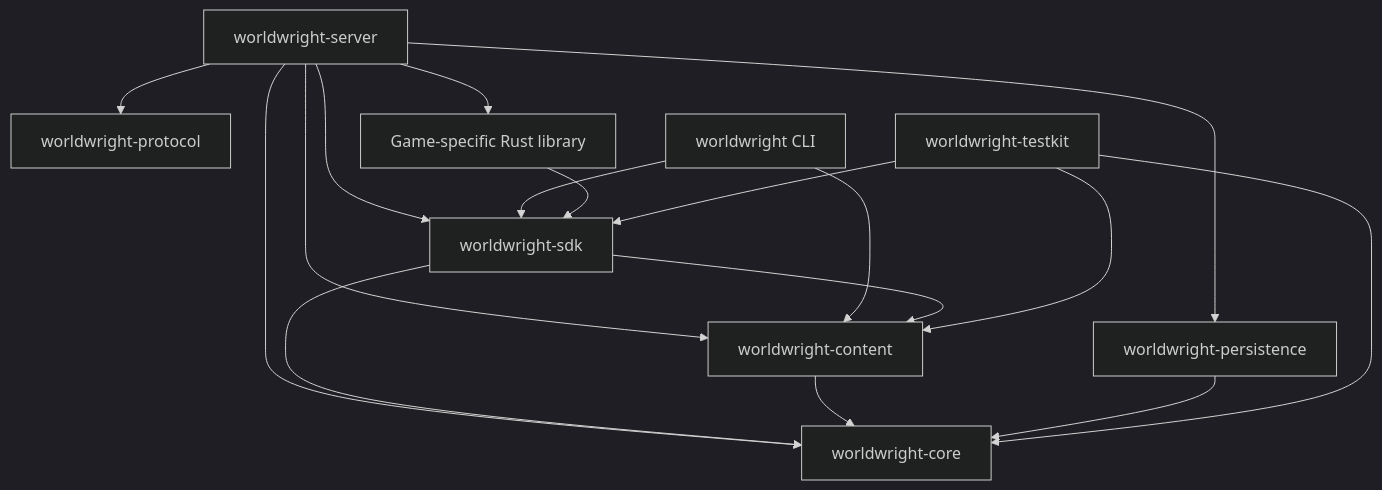
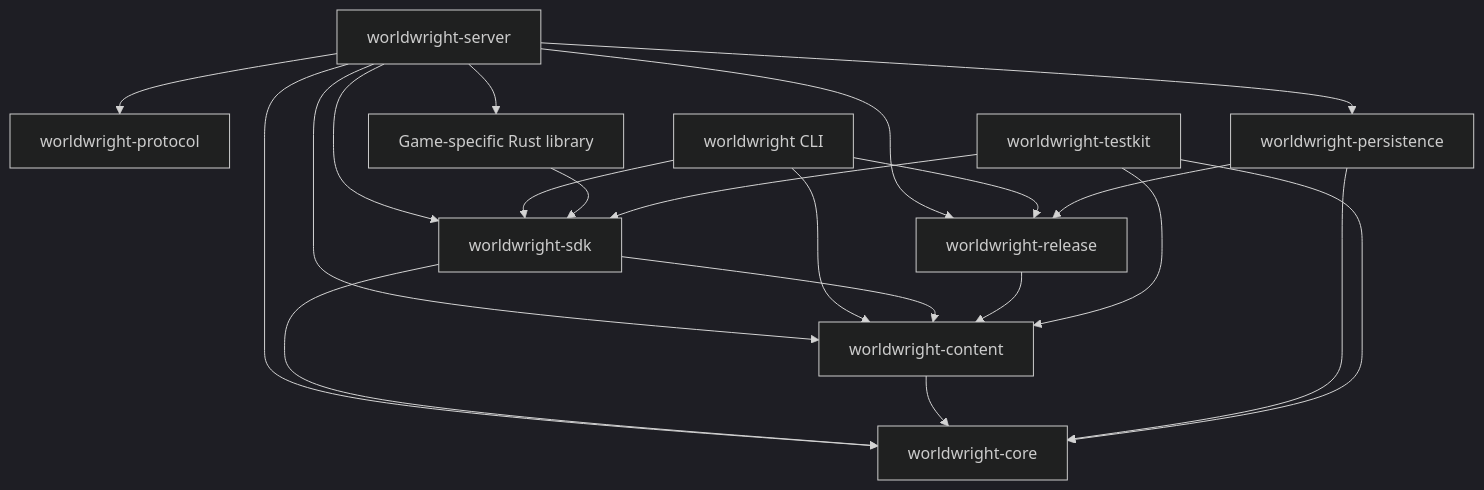
One commit to MudDevelopment/Worldwright changed the second of 5 diagrams in ARCHITECTURE.md. Above: the diagram before and after it, drawn with Mermaid (dark theme). The commit also changed other lines of this file and 85 other files, not shown here.

````diff
--- a/ARCHITECTURE.md
+++ b/ARCHITECTURE.md
@@ -234,19 +267,23 @@
 ```mermaid
 flowchart TD
     SERVER[worldwright-server] --> PROTOCOL[worldwright-protocol]
     SERVER --> PERSIST[worldwright-persistence]
     SERVER --> SDK[worldwright-sdk]
     SERVER --> CONTENT[worldwright-content]
     SERVER --> CORE[worldwright-core]
+    SERVER --> RELEASE[worldwright-release]
     CLI[worldwright CLI] --> CONTENT
     CLI --> SDK
+    CLI --> RELEASE
     GAME[Game-specific Rust library] --> SDK
     SERVER --> GAME
     SDK --> CORE
     SDK --> CONTENT
     CONTENT --> CORE
     PERSIST --> CORE
+    PERSIST --> RELEASE
+    RELEASE --> CONTENT
     TEST[worldwright-testkit] --> SDK
     TEST --> CONTENT
     TEST --> CORE
 ```
````
